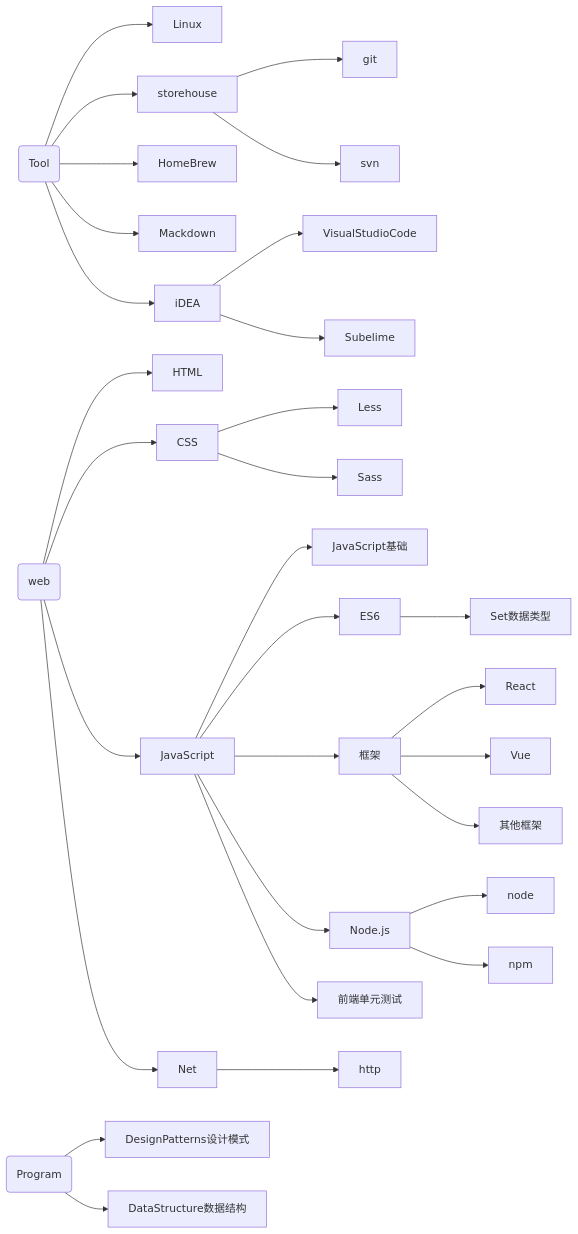
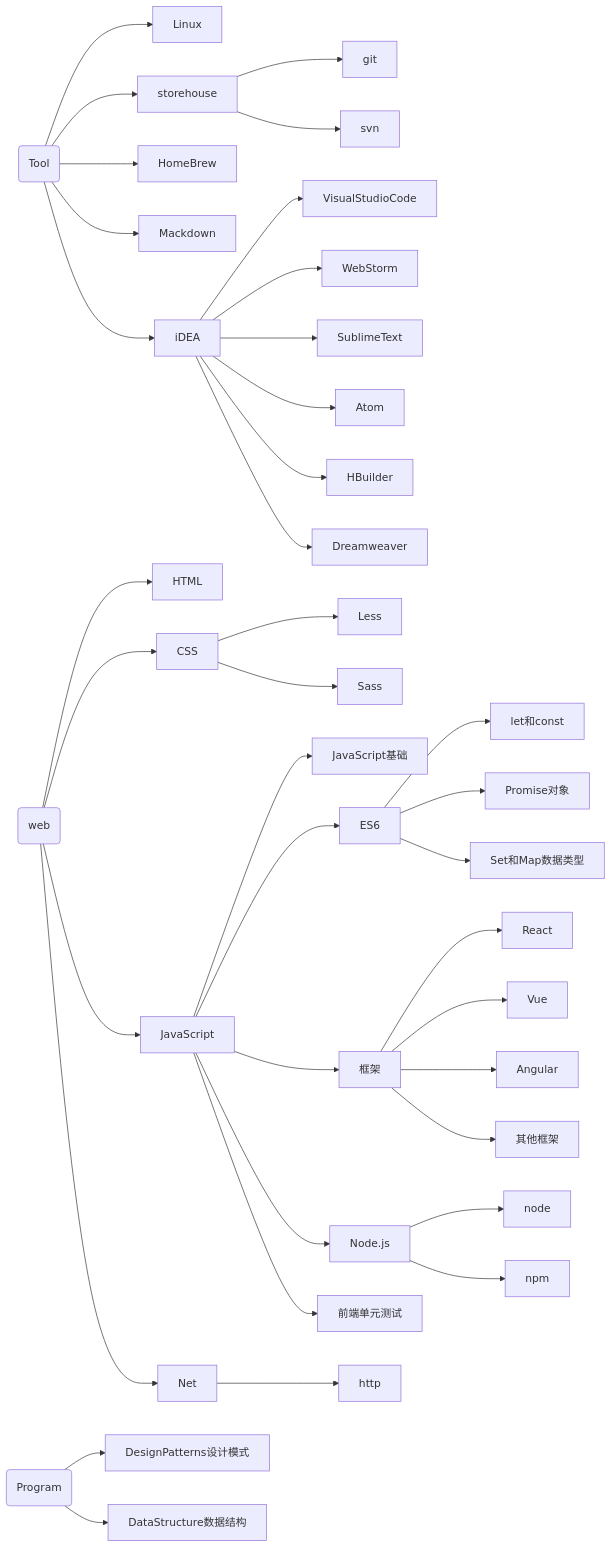
Before and after one commit to Sakuraine/note: the diagram in README.md, drawn with Mermaid. The commit also changed other lines of this file and 10 other files, not shown here.

````diff
--- a/README.md
+++ b/README.md
@@ -100,50 +60,57 @@
 ```mermaid
 graph LR
 0(Tool)
 1(Program)
 A(web)
 B[HTML]
 C[CSS]
 D[JavaScript]
 H[Net]
 
 0 --> Linux
 0 --> storehouse
 0 --> HomeBrew
 0 --> Mackdown
 0 --> iDEA
 
 storehouse --> git
 storehouse --> svn
 
 iDEA --> VisualStudioCode
-iDEA --> Subelime
+iDEA --> WebStorm
+iDEA --> SublimeText
+iDEA --> Atom
+iDEA --> HBuilder
+iDEA --> Dreamweaver
 
 A --> B
 A --> C
 A --> D
 A --> H
 
 C --> Less
 C --> Sass
 
 D --> JavaScript基础
 D --> ES6
 D --> 框架
 D --> Node.js
 D --> 前端单元测试
 
-ES6 --> Set数据类型
+ES6 --> let和const
+ES6 --> Promise对象
+ES6 --> Set和Map数据类型
 
 框架 --> React
 框架 --> Vue
+框架 --> Angular
 框架 --> 其他框架
 
 Node.js --> node
 Node.js --> npm
 
 H --> http
 
 1 --> DesignPatterns设计模式
 1 --> DataStructure数据结构
 ```
````
